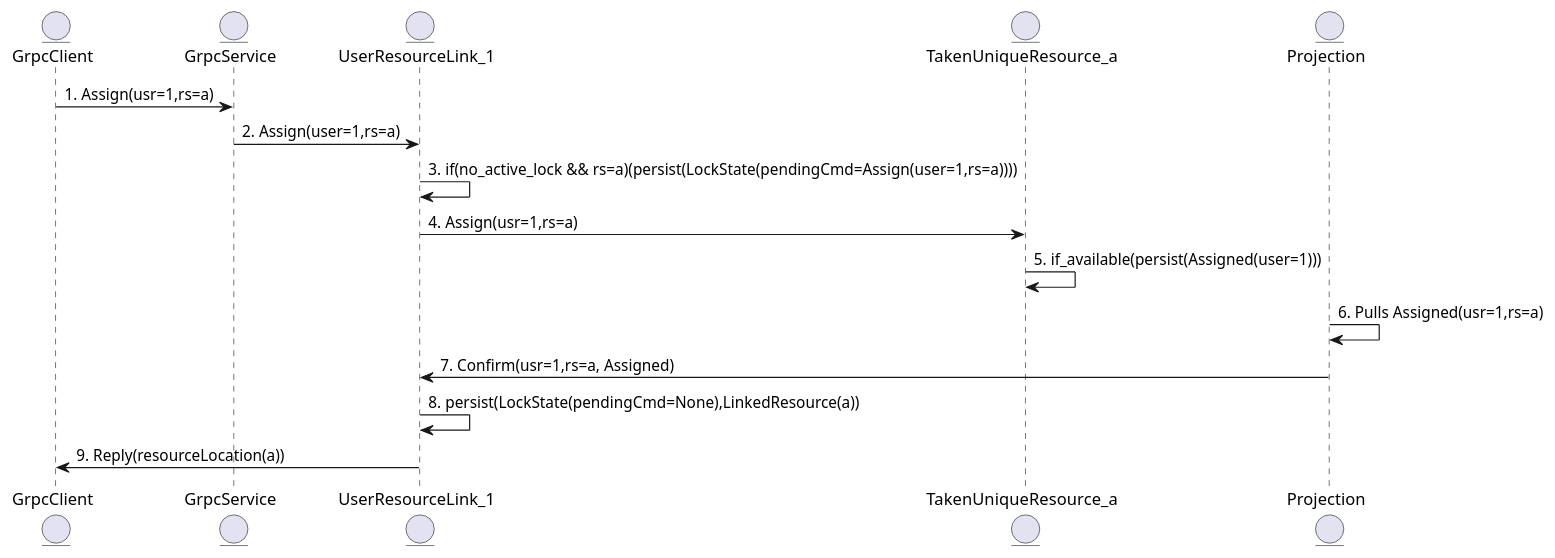
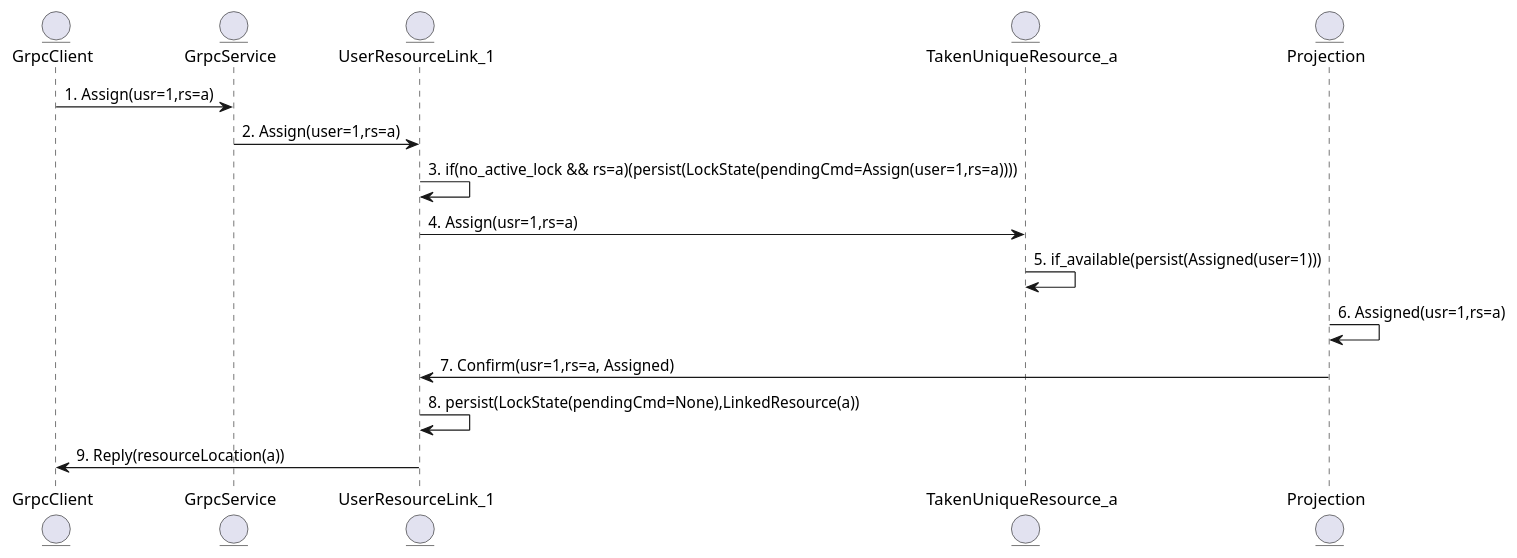
One commit to haghard/unique-resource-management changed the first of 3 diagrams in diagrams.md. Above: the diagram before and after it, drawn with PlantUML. The commit also changed other lines of this file, not shown here.

````diff
--- a/diagrams.md
+++ b/diagrams.md
@@ -6,25 +6,25 @@
 ```plantuml
 @startuml
 
 entity GrpcClient
 
 entity GrpcService
 
 entity UserResourceLink_1
 
 entity TakenUniqueResource_a
 
 entity Projection
 
 GrpcClient -> GrpcService:1. Assign(usr=1,rs=a)
 GrpcService -> UserResourceLink_1:2. Assign(user=1,rs=a)
 UserResourceLink_1 -> UserResourceLink_1:3. if(no_active_lock && rs=a)(persist(LockState(pendingCmd=Assign(user=1,rs=a)))) 
 UserResourceLink_1 -> TakenUniqueResource_a:4. Assign(usr=1,rs=a)
 TakenUniqueResource_a -> TakenUniqueResource_a:5. if_available(persist(Assigned(user=1)))  
-Projection -> Projection:6. Pulls Assigned(usr=1,rs=a)
+Projection -> Projection:6. Assigned(usr=1,rs=a)
 Projection -> UserResourceLink_1:7. Confirm(usr=1,rs=a, Assigned)
 UserResourceLink_1 -> UserResourceLink_1:8. persist(LockState(pendingCmd=None),LinkedResource(a))
 UserResourceLink_1 -> GrpcClient:9. Reply(resourceLocation(a))  
 
 @enduml
 ```
````
